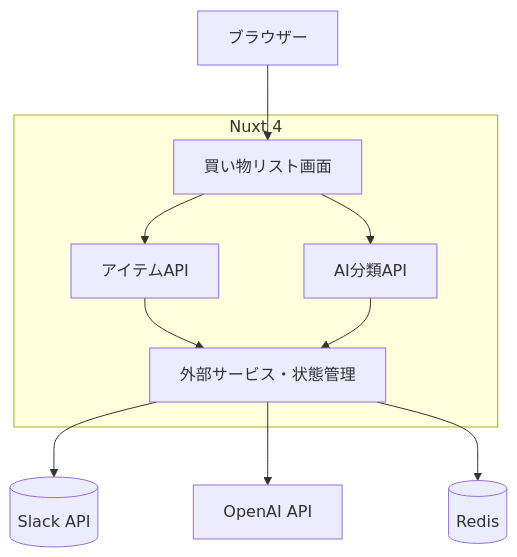
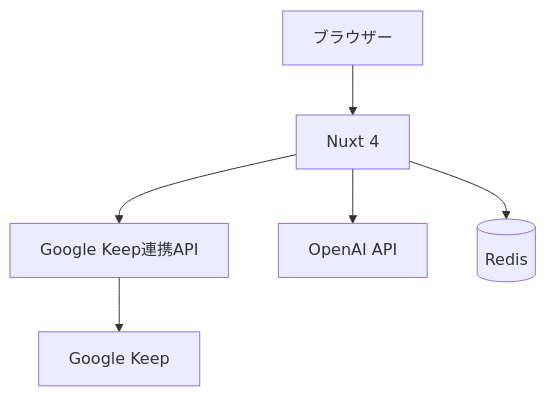
Before and after one commit to tissueMO/shopping-list: the diagram in README.md, drawn with Mermaid. The commit also changed other lines of this file and 22 other files, not shown here.

````diff
--- a/README.md
+++ b/README.md
@@ -18,24 +16,8 @@
 ```mermaid
 graph TD
-    Browser[ブラウザー]
-
-    subgraph Nuxt[Nuxt 4]
-        Page[買い物リスト画面]
-        Items[アイテムAPI]
-        Sort[AI分類API]
-        State[外部サービス・状態管理]
-    end
-
-    Slack[(Slack API)]
-    OpenAI[OpenAI API]
-    Redis[(Redis)]
-
-    Browser --> Page
-    Page --> Items
-    Page --> Sort
-    Items --> State
-    Sort --> State
-    State --> Slack
-    State --> OpenAI
-    State --> Redis
+    Browser[ブラウザー] --> Nuxt[Nuxt 4]
+    Nuxt --> KeepApi[Google Keep連携API]
+    Nuxt --> OpenAI[OpenAI API]
+    Nuxt --> Redis[(Redis)]
+    KeepApi --> Keep[Google Keep]
 ```
````
